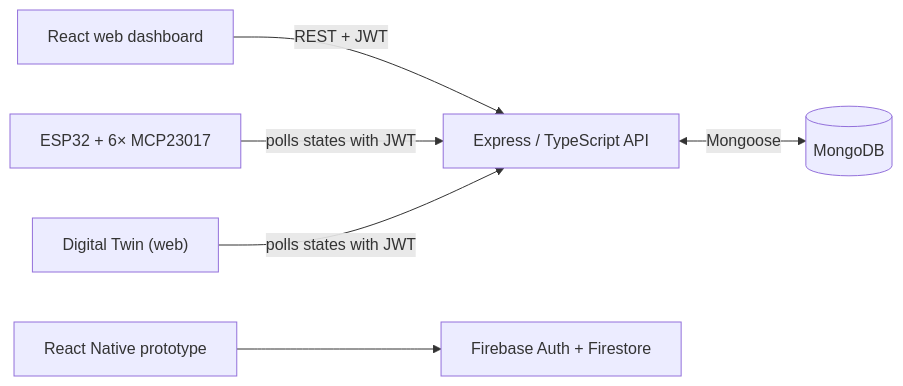
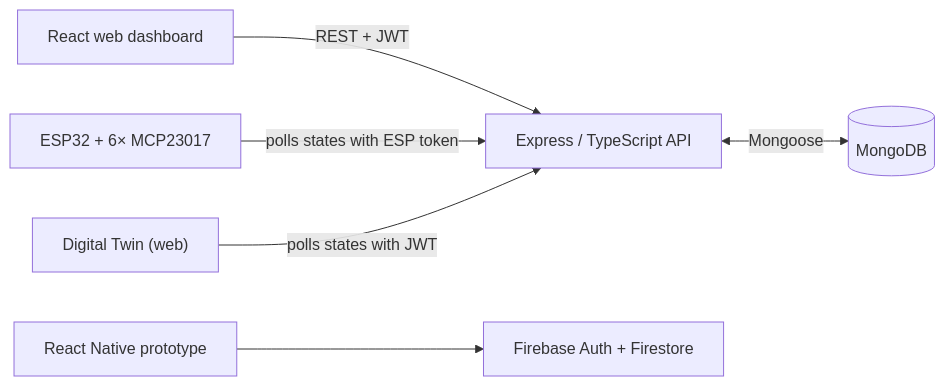
The diagram in docs/DOCUMENTATION.md (Kamilr616/smart_city_hub), drawn with Mermaid before and after one commit. The commit also changed other lines of this file and 45 other files, not shown here.

````diff
--- a/docs/DOCUMENTATION.md
+++ b/docs/DOCUMENTATION.md
@@ -14,8 +14,8 @@
 ```mermaid
 flowchart LR
     WEB["React web dashboard"] -->|"REST + JWT"| API["Express / TypeScript API"]
-    ESP["ESP32 + 6× MCP23017"] -->|"polls states with JWT"| API
+    ESP["ESP32 + 6× MCP23017"] -->|"polls states with ESP token"| API
     API <-->|"Mongoose"| DB[(MongoDB)]
     MOBILE["React Native prototype"] --> FB["Firebase Auth + Firestore"]
     Twin["Digital Twin (web)"] -->|"polls states with JWT"| API
 ```
````
